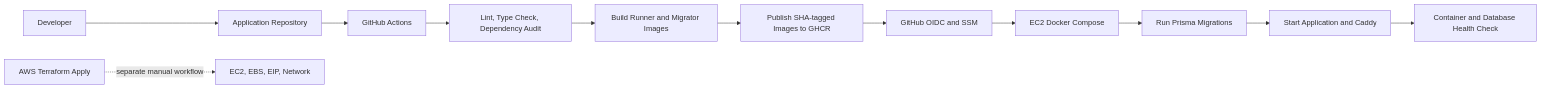
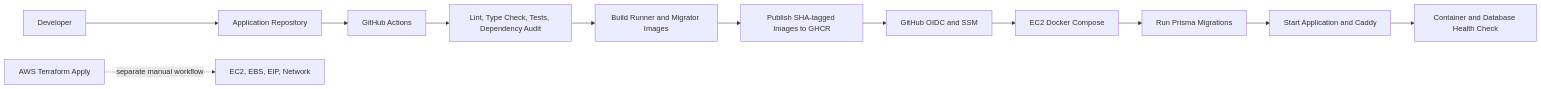
One commit to Thiranjshan/CelizLK changed the second of 2 diagrams in README.md. Above: the diagram before and after it, drawn with Mermaid. The commit also changed other lines of this file and 5 other files, not shown here.

````diff
--- a/README.md
+++ b/README.md
@@ -128,14 +128,14 @@
 ```mermaid
 flowchart LR
     Developer[Developer] --> AppRepo[Application Repository]
     AppRepo --> Actions[GitHub Actions]
-    Actions --> Checks[Lint, Type Check, Dependency Audit]
+    Actions --> Checks[Lint, Type Check, Tests, Dependency Audit]
     Checks --> Build[Build Runner and Migrator Images]
     Build --> Registry[Publish SHA-tagged Images to GHCR]
     Registry --> Deploy[GitHub OIDC and SSM]
     Deploy --> Compose[EC2 Docker Compose]
     Compose --> Migrate[Run Prisma Migrations]
     Migrate --> Start[Start Application and Caddy]
     Start --> Verify[Container and Database Health Check]
     Terraform[AWS Terraform Apply] -. separate manual workflow .-> AWS[EC2, EBS, EIP, Network]
 ```
````
